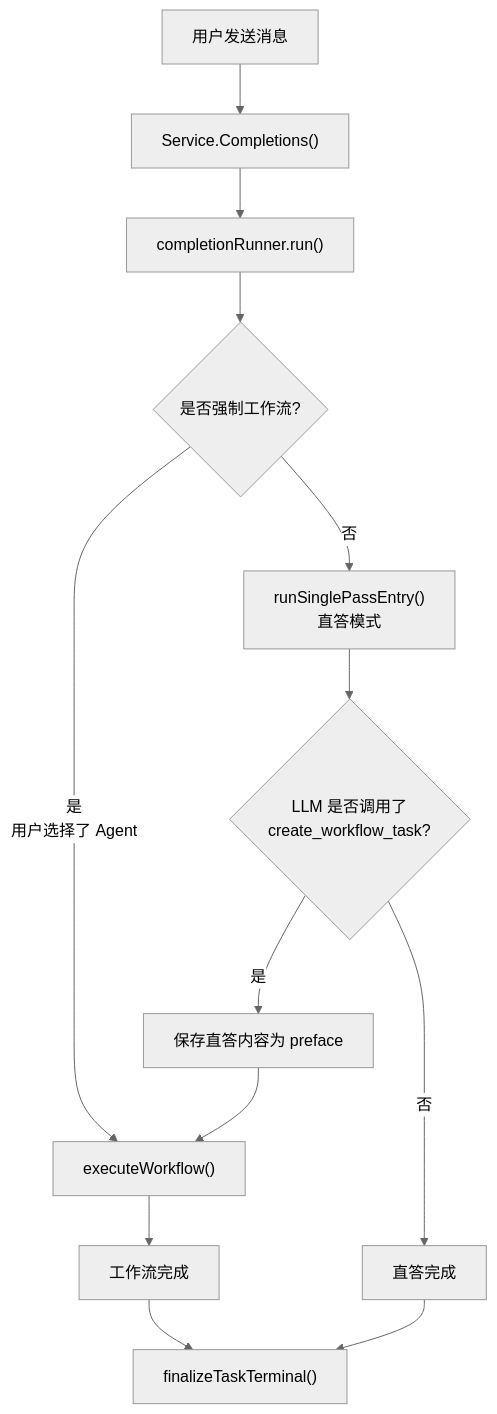
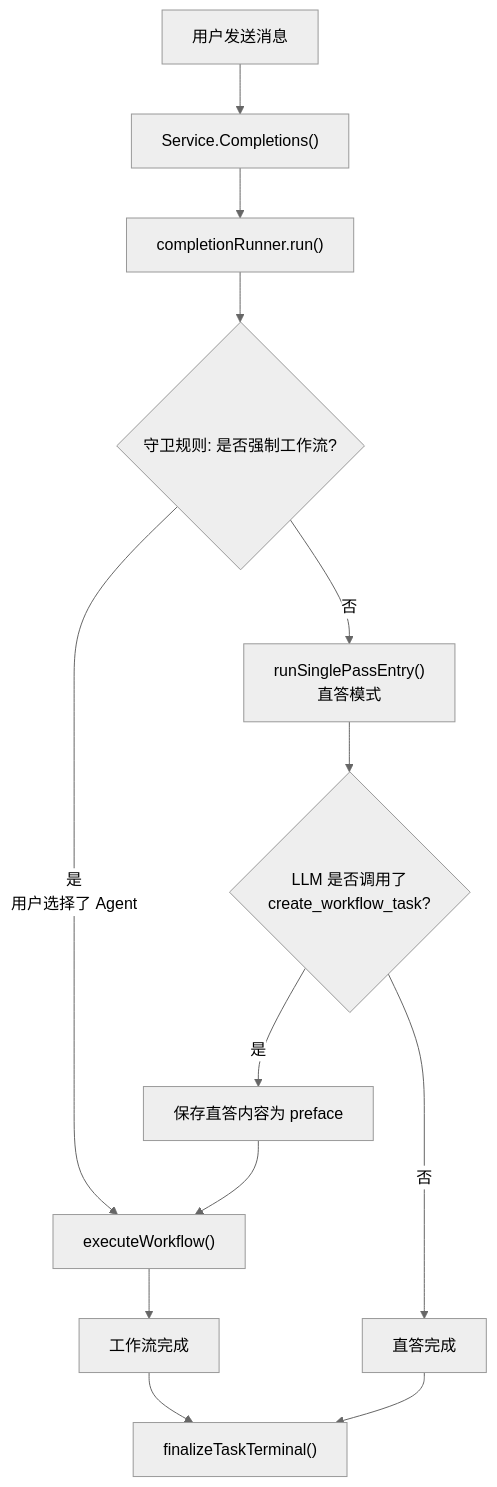
Before and after one commit to MikeLINGxZ/justchat: the second of 8 diagrams in docs/agent-flow.md, drawn with Mermaid (neutral theme). The commit also changed other lines of this file and 17 other files, not shown here.

````diff
--- a/docs/agent-flow.md
+++ b/docs/agent-flow.md
@@ -62,15 +71,15 @@
 ```mermaid
 flowchart TD
     A[用户发送消息] --> B["Service.Completions()"]
     B --> C["completionRunner.run()"]
-    C --> D{是否强制工作流?}
+    C --> D{守卫规则: 是否强制工作流?}
     D -->|是<br/>用户选择了 Agent| E["executeWorkflow()"]
     D -->|否| F["runSinglePassEntry()<br/>直答模式"]
     F --> G{LLM 是否调用了<br/>create_workflow_task?}
     G -->|是| H[保存直答内容为 preface]
     H --> E
     G -->|否| I[直答完成]
     E --> J[工作流完成]
     I --> K["finalizeTaskTerminal()"]
     J --> K
 ```
````
